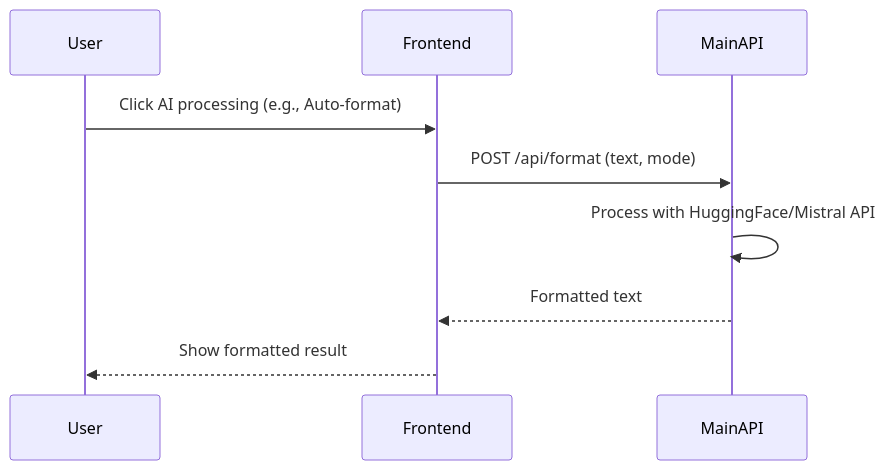
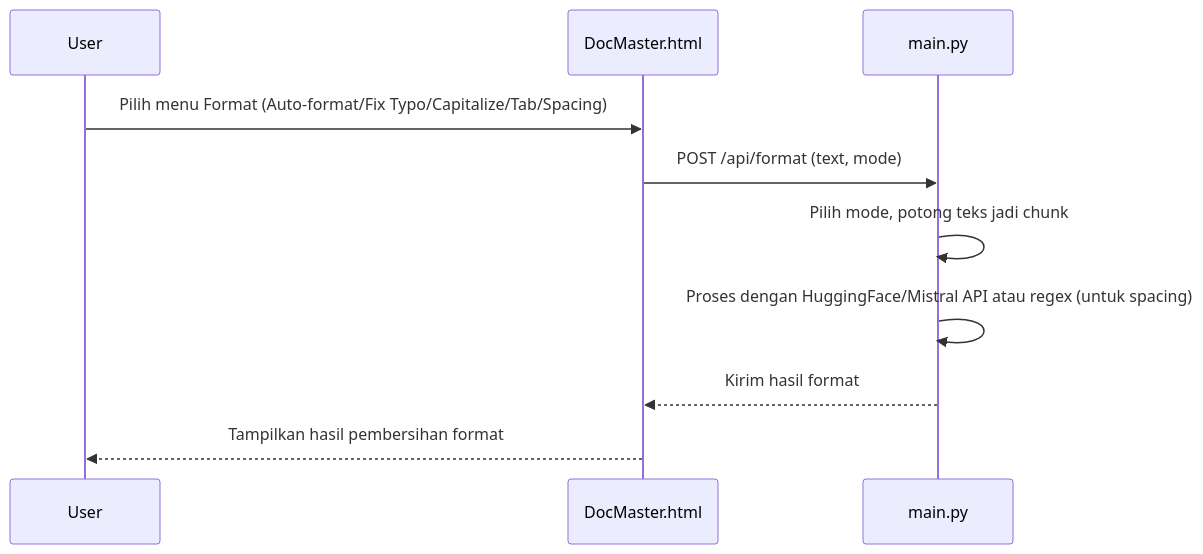
The third of 5 diagrams in DocMaster_Flowchart.md (Ascalon984/DocFusionn), drawn with Mermaid before and after one commit. The commit also changed other lines of this file, not shown here.

````diff
--- a/DocMaster_Flowchart.md
+++ b/DocMaster_Flowchart.md
@@ -41,8 +41,12 @@
 ```mermaid
 sequenceDiagram
-    User->>Frontend: Click AI processing (e.g., Auto-format)
+    participant User
+    participant Frontend as DocMaster.html
+    participant MainAPI as main.py
+    User->>Frontend: Pilih menu Format (Auto-format/Fix Typo/Capitalize/Tab/Spacing)
     Frontend->>MainAPI: POST /api/format (text, mode)
-    MainAPI->>MainAPI: Process with HuggingFace/Mistral API
-    MainAPI-->>Frontend: Formatted text
-    Frontend-->>User: Show formatted result
+    MainAPI->>MainAPI: Pilih mode, potong teks jadi chunk
+    MainAPI->>MainAPI: Proses dengan HuggingFace/Mistral API atau regex (untuk spacing)
+    MainAPI-->>Frontend: Kirim hasil format
+    Frontend-->>User: Tampilkan hasil pembersihan format
 ```
````
